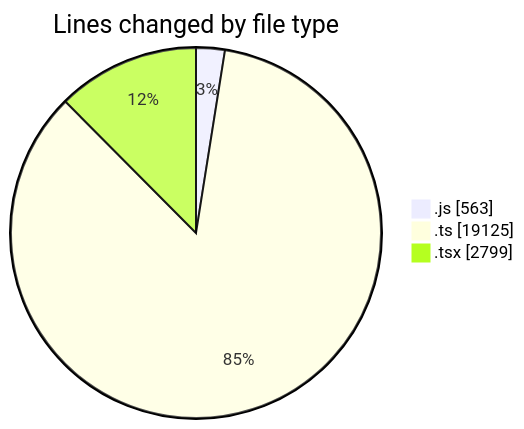
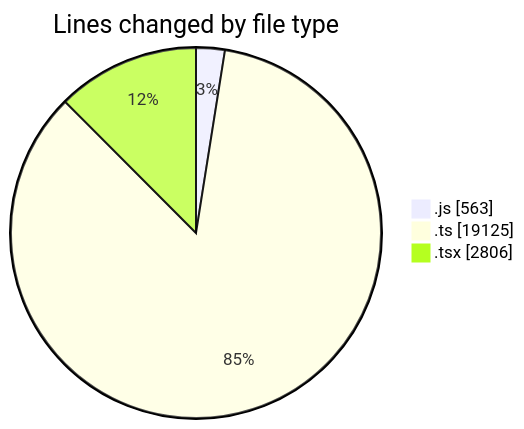
One commit to momahboobian/code-tracking changed the first of 2 diagrams in 2025-11-14/cda/README.md. Above: the diagram before and after it, drawn with Mermaid. The commit also changed other lines of this file and 1 other file, not shown here.

````diff
--- a/2025-11-14/cda/README.md
+++ b/2025-11-14/cda/README.md
@@ -41,7 +41,7 @@
 ```mermaid
 pie showData
 title Lines changed by file type
 ".js" : 563
 ".ts" : 19125
-".tsx" : 2799
+".tsx" : 2806
 ```
````
